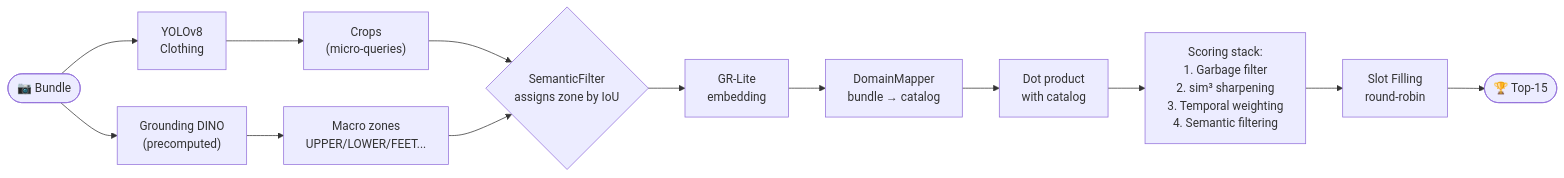
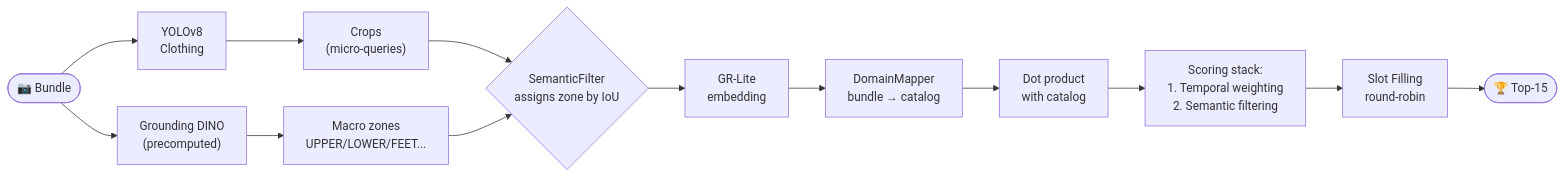
One commit to usbt0p/product-matching-hackudc-inditex changed the first of 2 diagrams in docs/README_EN.md. Above: the diagram before and after it, drawn with Mermaid. The commit also changed other lines of this file, not shown here.

First line of the commit message:
changes to setup and scoring stack

````diff
--- a/docs/README_EN.md
+++ b/docs/README_EN.md
@@ -103,20 +101,20 @@
 ```mermaid
 flowchart LR
     IMG(["📷 Bundle"]) --> YOLO["YOLOv8<br/>Clothing"]
     IMG --> DINO["Grounding DINO<br/>(precomputed)"]
 
     YOLO --> CROPS["Crops<br/>(micro-queries)"]
     DINO --> ZONES["Macro zones<br/>UPPER/LOWER/FEET..."]
 
     CROPS --> SF{"SemanticFilter<br/>assigns zone by IoU"}
     ZONES --> SF
 
     SF --> GRLITE["GR-Lite<br/>embedding"]
     GRLITE --> DM["DomainMapper<br/>bundle → catalog"]
     DM --> SIM["Dot product<br/>with catalog"]
 
-    SIM --> SCORE["Scoring stack:<br/>1. Garbage filter<br/>2. sim³ sharpening<br/>3. Temporal weighting<br/>4. Semantic filtering"]
+    SIM --> SCORE["Scoring stack:<br/>1. Temporal weighting<br/>2. Semantic filtering"]
 
     SCORE --> RR["Slot Filling<br/>round-robin"]
     RR --> OUT(["🏆 Top-15"])
 ```
````
